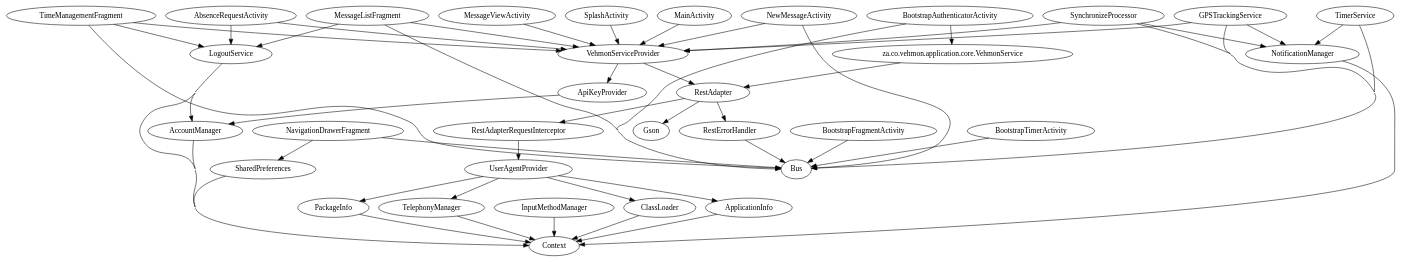
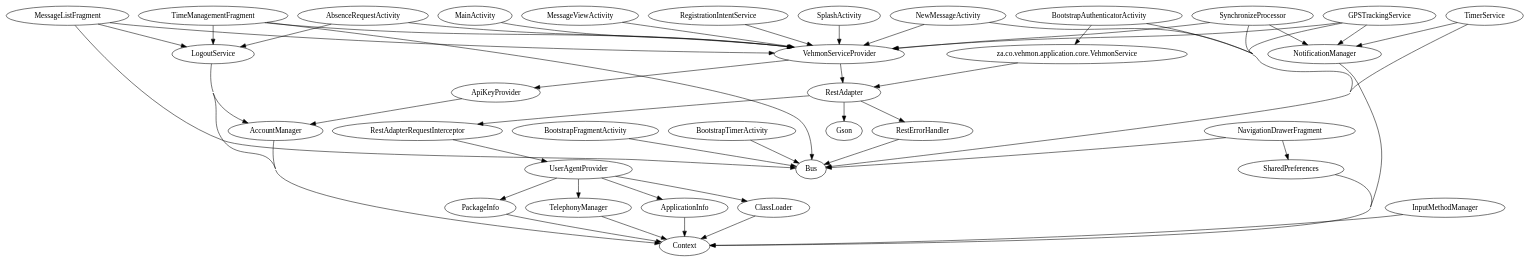
Before and after one commit to Renaldobenji/android-vehmon: the diagram in app/build/intermediates/classes/debug/za/co/vehmon/application/RootModule.dot, drawn with Graphviz. The commit also changed 16 other files, not shown here.

```diff
--- a/app/build/intermediates/classes/debug/za/co/vehmon/application/RootModule.dot
+++ b/app/build/intermediates/classes/debug/za/co/vehmon/application/RootModule.dot
@@ -1,54 +1,55 @@
 digraph G1 {
   concentrate = true;
   AbsenceRequestActivity -> VehmonServiceProvider;
   AbsenceRequestActivity -> LogoutService;
   AccountManager -> Context;
   ApiKeyProvider -> AccountManager;
   ApplicationInfo -> Context;
-  BootstrapAuthenticatorActivity -> Bus;
   n2 [label="za.co.vehmon.application.core.VehmonService"];
   BootstrapAuthenticatorActivity -> n2;
+  BootstrapAuthenticatorActivity -> Bus;
   BootstrapFragmentActivity -> Bus;
   BootstrapTimerActivity -> Bus;
   ClassLoader -> Context;
   GPSTrackingService -> VehmonServiceProvider;
+  GPSTrackingService -> NotificationManager;
   GPSTrackingService -> Bus;
-  GPSTrackingService -> NotificationManager;
   InputMethodManager -> Context;
+  LogoutService -> AccountManager;
   LogoutService -> Context;
-  LogoutService -> AccountManager;
   MainActivity -> VehmonServiceProvider;
   MessageListFragment -> VehmonServiceProvider;
+  MessageListFragment -> LogoutService;
   MessageListFragment -> Bus;
-  MessageListFragment -> LogoutService;
   MessageViewActivity -> VehmonServiceProvider;
   NavigationDrawerFragment -> Bus;
   NavigationDrawerFragment -> SharedPreferences;
   NewMessageActivity -> VehmonServiceProvider;
   NewMessageActivity -> Bus;
   NotificationManager -> Context;
   PackageInfo -> Context;
+  RegistrationIntentService -> VehmonServiceProvider;
+  RestAdapter -> RestAdapterRequestInterceptor;
+  RestAdapter -> Gson;
   RestAdapter -> RestErrorHandler;
-  RestAdapter -> Gson;
-  RestAdapter -> RestAdapterRequestInterceptor;
   RestAdapterRequestInterceptor -> UserAgentProvider;
   RestErrorHandler -> Bus;
   SharedPreferences -> Context;
   SplashActivity -> VehmonServiceProvider;
   SynchronizeProcessor -> VehmonServiceProvider;
+  SynchronizeProcessor -> NotificationManager;
   SynchronizeProcessor -> Bus;
-  SynchronizeProcessor -> NotificationManager;
   TelephonyManager -> Context;
   TimeManagementFragment -> VehmonServiceProvider;
+  TimeManagementFragment -> LogoutService;
   TimeManagementFragment -> Bus;
-  TimeManagementFragment -> LogoutService;
+  TimerService -> NotificationManager;
   TimerService -> Bus;
-  TimerService -> NotificationManager;
   UserAgentProvider -> PackageInfo;
   UserAgentProvider -> ClassLoader;
   UserAgentProvider -> ApplicationInfo;
   UserAgentProvider -> TelephonyManager;
   VehmonServiceProvider -> RestAdapter;
   VehmonServiceProvider -> ApiKeyProvider;
   n2 -> RestAdapter;
 }
```
